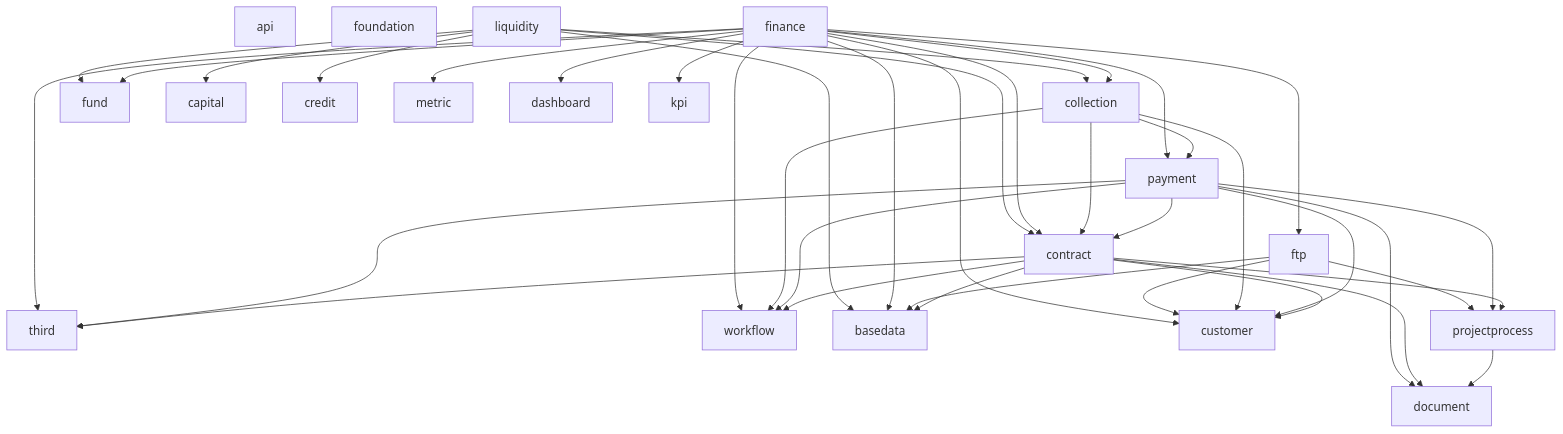
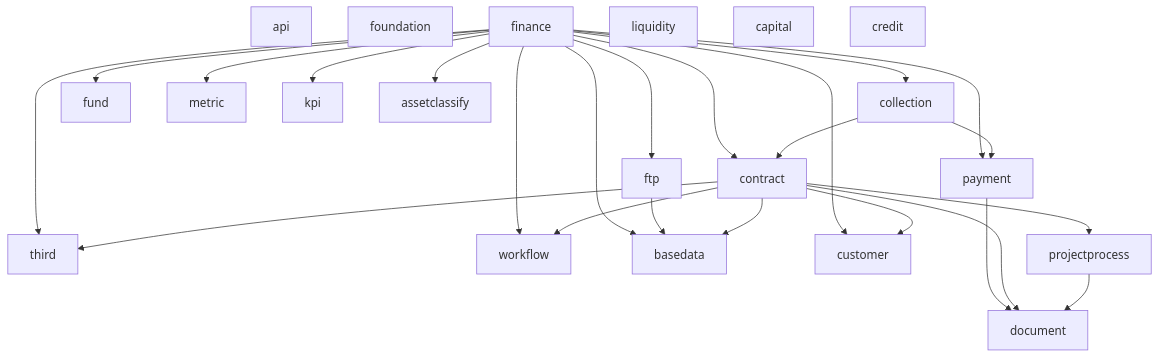
Before and after one commit to caochun/zswl-mithras: the fourth of 7 diagrams in README.md, drawn with Mermaid. The commit also changed other lines of this file and 1417 other files, not shown here.

````diff
--- a/README.md
+++ b/README.md
@@ -284,64 +287,49 @@
 ```mermaid
 flowchart TD
     api[api]
     foundation[foundation]
     document[document]
     third[third]
     workflow[workflow]
     basedata[basedata]
     customer[customer]
     project[projectprocess]
     contract[contract]
     payment[payment]
     collection[collection]
     ftp[ftp]
     finance[finance]
     liquidity[liquidity]
     fund[fund]
     capital[capital]
     credit[credit]
 
     project --> document
     contract --> document
     contract --> customer
     contract --> basedata
     contract --> workflow
     contract --> project
     contract --> third
 
     payment --> document
-    payment --> contract
-    payment --> project
-    payment --> customer
-    payment --> third
-    payment --> workflow
 
-    collection --> workflow
     collection --> payment
     collection --> contract
-    collection --> customer
 
     ftp --> basedata
-    ftp --> project
-    ftp --> customer
 
     finance --> collection
     finance --> contract
     finance --> customer
     finance --> third
     finance --> metric
     finance --> basedata
     finance --> workflow
-    finance --> dashboard
     finance --> fund
     finance --> kpi
     finance --> ftp
     finance --> payment
+    finance --> assetclassify
 
-    liquidity --> basedata
-    liquidity --> collection
-    liquidity --> contract
-    liquidity --> fund
-    liquidity --> capital
-    liquidity --> credit
 ```
````
